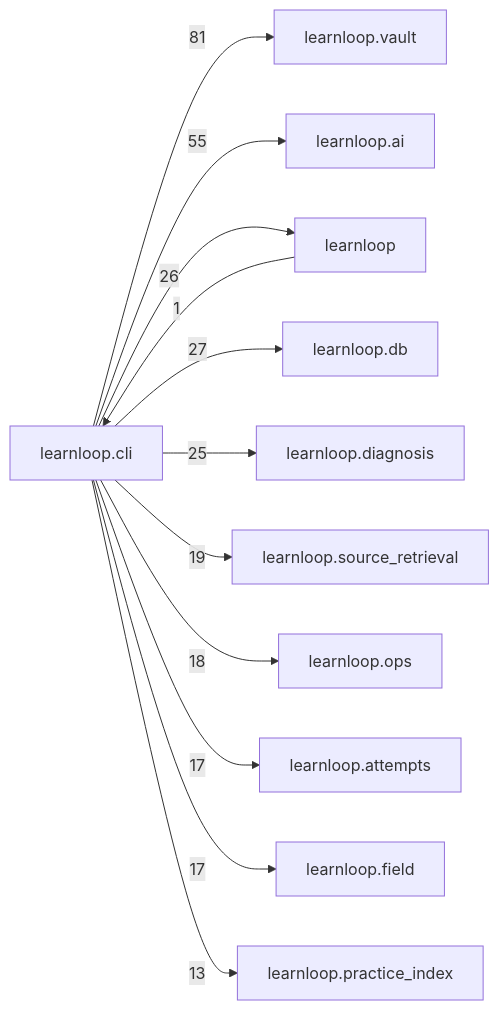
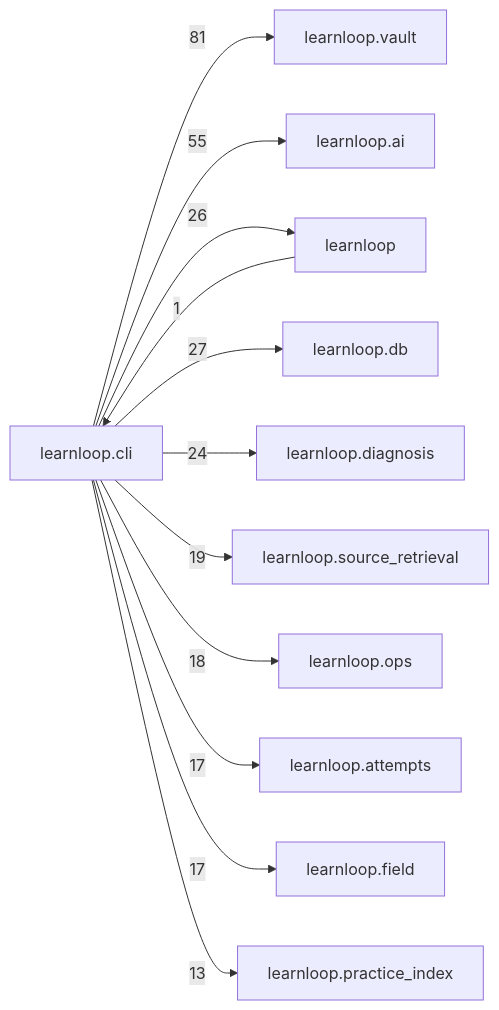
The diagram in docs/learnloop-architecture-vault/Reference/Modules/learnloop/cli/_package.md (6up-b/learnanything), drawn with Mermaid before and after one commit. The commit also changed other lines of this file and 32 other files, not shown here.

````diff
--- a/docs/learnloop-architecture-vault/Reference/Modules/learnloop/cli/_package.md
+++ b/docs/learnloop-architecture-vault/Reference/Modules/learnloop/cli/_package.md
@@ -227,25 +227,25 @@
 ```mermaid
 flowchart LR
     center["learnloop.cli"]
     n_learnloop_vault["learnloop.vault"]
     n_learnloop_ai["learnloop.ai"]
     n_learnloop["learnloop"]
     n_learnloop_db["learnloop.db"]
     n_learnloop_diagnosis["learnloop.diagnosis"]
     n_learnloop_source_retrieval["learnloop.source_retrieval"]
     n_learnloop_ops["learnloop.ops"]
     n_learnloop_attempts["learnloop.attempts"]
     n_learnloop_field["learnloop.field"]
     n_learnloop_practice_index["learnloop.practice_index"]
     center -->|81| n_learnloop_vault
     center -->|55| n_learnloop_ai
     n_learnloop -->|1| center
     center -->|26| n_learnloop
     center -->|27| n_learnloop_db
-    center -->|25| n_learnloop_diagnosis
+    center -->|24| n_learnloop_diagnosis
     center -->|19| n_learnloop_source_retrieval
     center -->|18| n_learnloop_ops
     center -->|17| n_learnloop_attempts
     center -->|17| n_learnloop_field
     center -->|13| n_learnloop_practice_index
 ```
````
